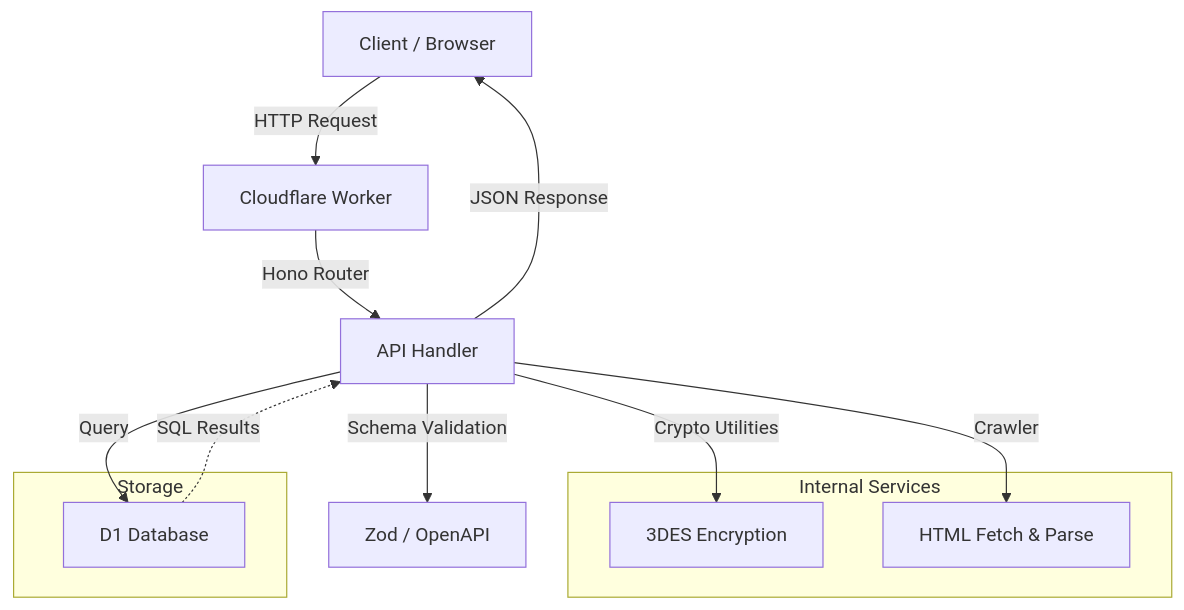
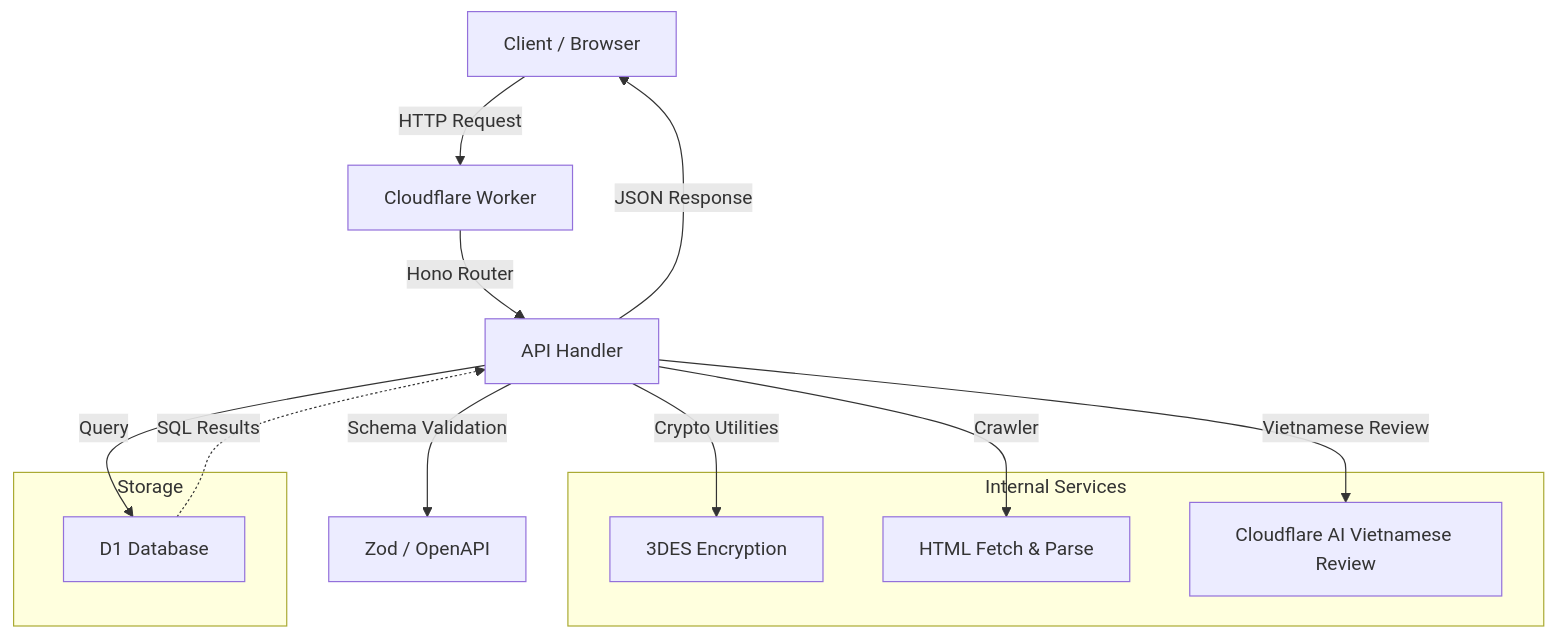
Before and after one commit to baokha04/sgkviet: the diagram in AGENTS.md, drawn with Mermaid. The commit also changed other lines of this file and 6 other files, not shown here.

````diff
--- a/AGENTS.md
+++ b/AGENTS.md
@@ -76,20 +78,22 @@
 ```mermaid
 graph TD
     Client[Client / Browser] -->|HTTP Request| Worker[Cloudflare Worker]
     Worker -->|Hono Router| Handler[API Handler]
     Handler -->|Schema Validation| Zod[Zod / OpenAPI]
     Handler -->|Query| D1[D1 Database]
     Handler -->|Crypto Utilities| Crypto[3DES Encryption]
     Handler -->|Crawler| Crawler[HTML Fetch & Parse]
+    Handler -->|Vietnamese Review| Viet[Cloudflare AI Vietnamese Review]
     D1 -.->|SQL Results| Handler
     Handler -->|JSON Response| Client
 
     subgraph "Internal Services"
         Crypto
         Crawler
+        Viet
     end
 
     subgraph "Storage"
         D1
     end
 ```
````
